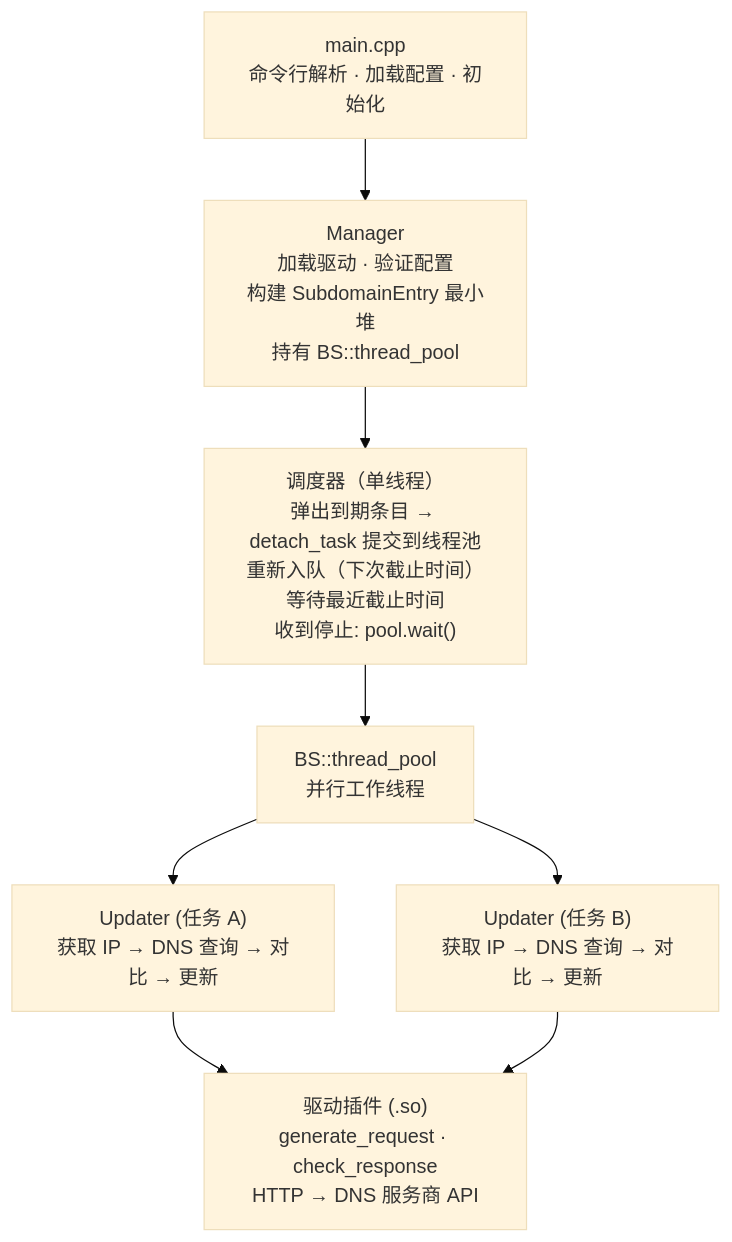
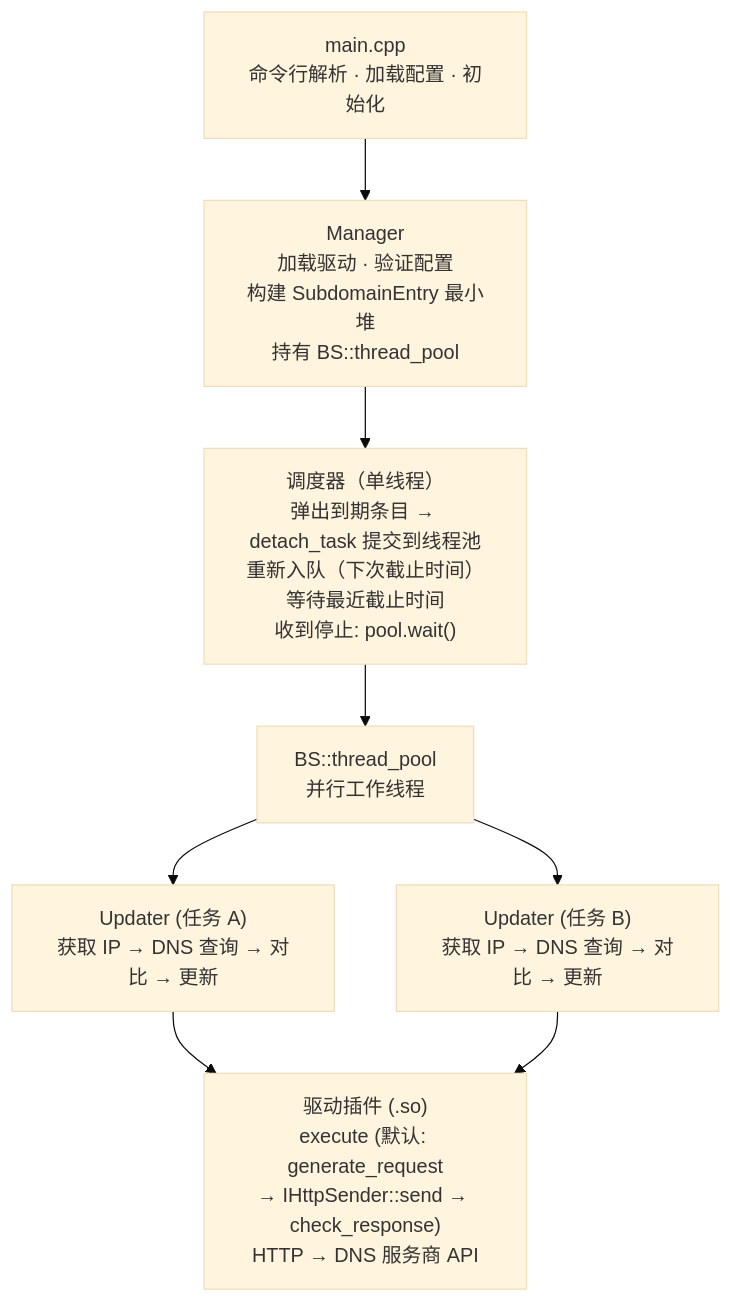
The diagram in README_CN.md (CyberKoo/yaddnsc), drawn with Mermaid (base theme) before and after one commit. The commit also changed other lines of this file and 6 other files, not shown here.

````diff
--- a/README_CN.md
+++ b/README_CN.md
@@ -26,31 +26,32 @@
 ```mermaid
 flowchart TB
     main["main.cpp
 命令行解析 · 加载配置 · 初始化"]
     mgr["Manager
 加载驱动 · 验证配置
 构建 SubdomainEntry 最小堆
 持有 BS::thread_pool"]
     sched["调度器（单线程）
 弹出到期条目 → detach_task 提交到线程池
 重新入队（下次截止时间）
 等待最近截止时间
 收到停止: pool.wait()"]
     pool["BS::thread_pool
 并行工作线程"]
     updaterA["Updater (任务 A)
 获取 IP → DNS 查询 → 对比 → 更新"]
     updaterB["Updater (任务 B)
 获取 IP → DNS 查询 → 对比 → 更新"]
     driver["驱动插件 (.so)
-generate_request · check_response
+execute (默认: generate_request
+→ IHttpSender::send → check_response)
 HTTP → DNS 服务商 API"]
 
     main --> mgr
     mgr --> sched
     sched --> pool
     pool --> updaterA
     pool --> updaterB
     updaterA --> driver
     updaterB --> driver
 ```
````
